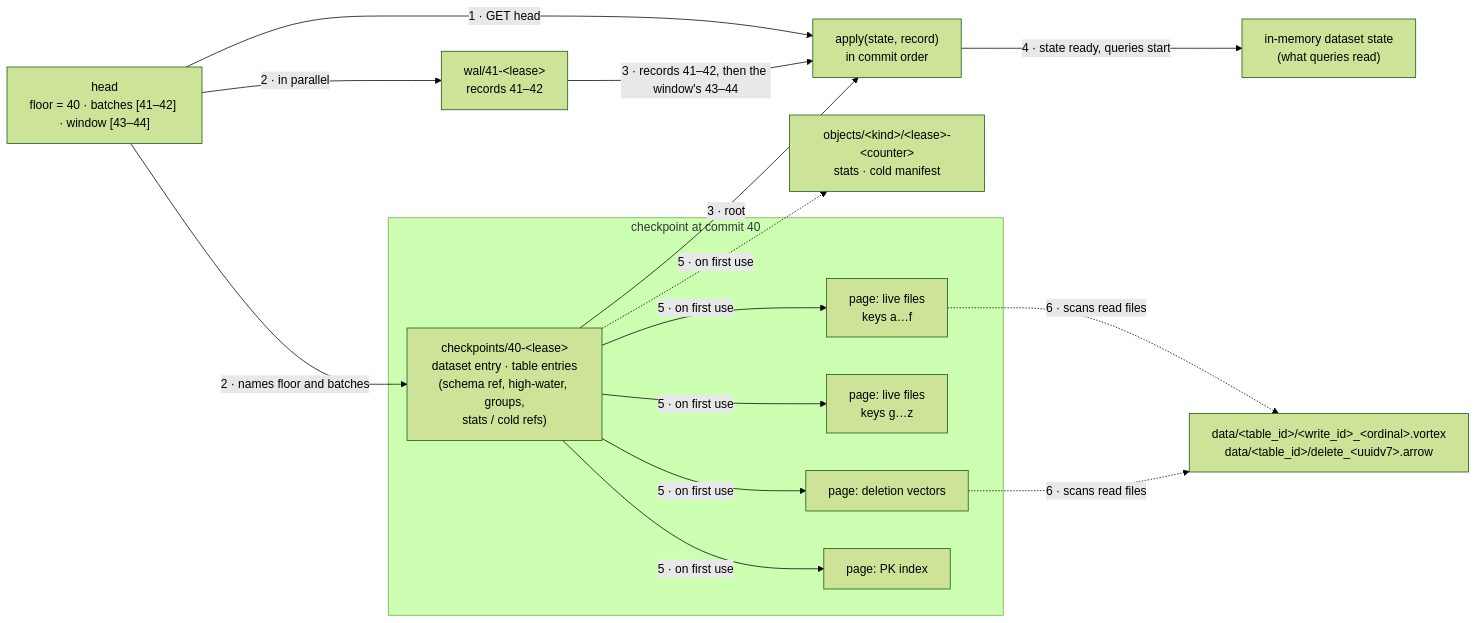
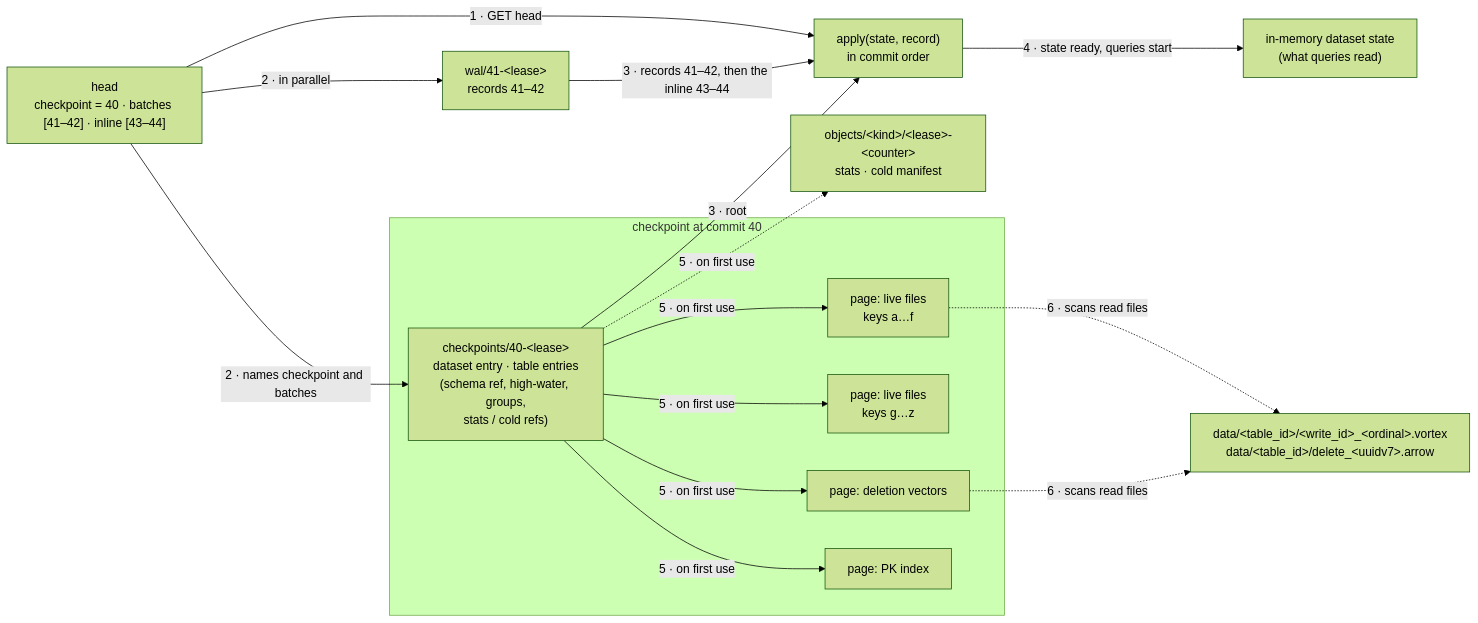
One commit to spiceai/spiceai changed the second of 5 diagrams in docs/design/object-native-metastore-technical.md. Above: the diagram before and after it, drawn with Mermaid (forest theme). The commit also changed other lines of this file and 2 other files, not shown here.

First line of the commit message:
docs(cayenne): name the head's fields for what they hold and move the store contract to an appendix

````diff
--- a/docs/design/object-native-metastore-technical.md
+++ b/docs/design/object-native-metastore-technical.md
@@ -417,31 +402,31 @@
 ```mermaid
 flowchart LR
-    HEAD["head<br/>floor = 40 · batches [41–42] · window [43–44]"]
+    HEAD["head<br/>checkpoint = 40 · batches [41–42] · inline [43–44]"]
 
     subgraph CKPT["checkpoint at commit 40"]
         ROOT["checkpoints/40-&lt;lease&gt;<br/>dataset entry · table entries<br/>(schema ref, high-water, groups,<br/>stats / cold refs)"]
         P1["page: live files<br/>keys a…f"]
         P2["page: live files<br/>keys g…z"]
         P3["page: deletion vectors"]
         P4["page: PK index"]
         ROOT -->|"5 · on first use"| P1
         ROOT -->|"5 · on first use"| P2
         ROOT -->|"5 · on first use"| P3
         ROOT -->|"5 · on first use"| P4
     end
 
     B41["wal/41-&lt;lease&gt;<br/>records 41–42"]
 
     OBJ["objects/&lt;kind&gt;/&lt;lease&gt;-&lt;counter&gt;<br/>stats · cold manifest"]
     VX["data/&lt;table_id&gt;/&lt;write_id&gt;_&lt;ordinal&gt;.vortex<br/>data/&lt;table_id&gt;/delete_&lt;uuidv7&gt;.arrow"]
 
     HEAD -->|"1 · GET head"| APPLY
-    HEAD -->|"2 · names floor and batches"| ROOT
+    HEAD -->|"2 · names checkpoint and batches"| ROOT
     HEAD -->|"2 · in parallel"| B41
     ROOT -->|"3 · root"| APPLY["apply(state, record)<br/>in commit order"]
-    B41 -->|"3 · records 41–42, then the window's 43–44"| APPLY
+    B41 -->|"3 · records 41–42, then the inline 43–44"| APPLY
     APPLY -->|"4 · state ready, queries start"| MEM["in-memory dataset state<br/>(what queries read)"]
     ROOT -.->|"5 · on first use"| OBJ
     P1 -.->|"6 · scans read files"| VX
     P3 -.->|"6 · scans read files"| VX
 ```
````
